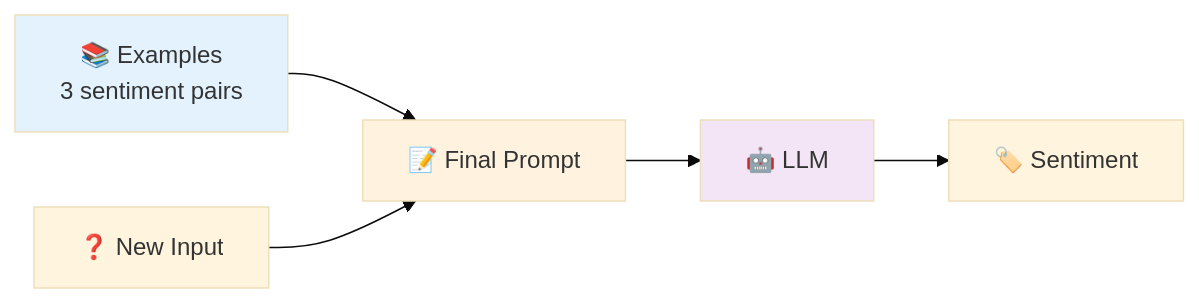
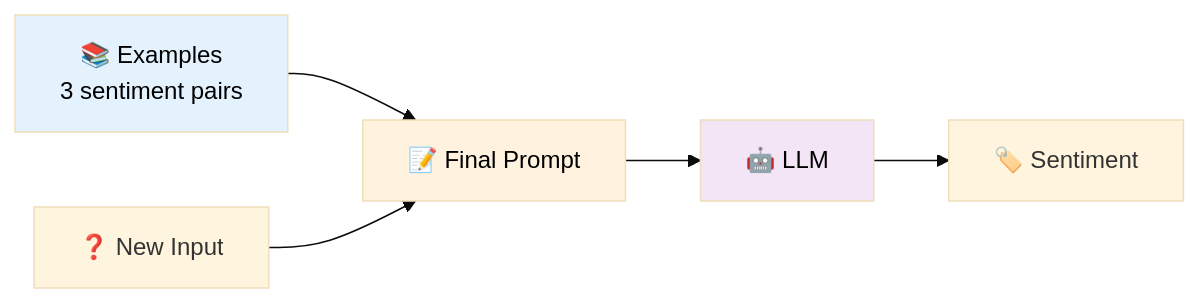
One commit to remolaan/Agentic-AI-Cookbook changed the third of 3 diagrams in 02_prompt_templates/README.md. Above: the diagram before and after it, drawn with Mermaid (base theme). The commit also changed other lines of this file and 45 other files, not shown here.

Commit message:
Fix Mermaid diagram text colors for readability across all READMEs

````diff
--- a/02_prompt_templates/README.md
+++ b/02_prompt_templates/README.md
@@ -77,10 +77,10 @@
 ```mermaid
 flowchart LR
     E["📚 Examples<br/>3 sentiment pairs"] --> P["📝 Final Prompt"]
     Q["❓ New Input"] --> P
     P --> M["🤖 LLM"]
     M --> S["🏷️ Sentiment"]
-    style E fill:#e3f2fd
-    style P fill:#fff3e0
-    style M fill:#f3e5f5
+    style E fill:#e3f2fd,color:#000000
+    style P fill:#fff3e0,color:#000000
+    style M fill:#f3e5f5,color:#000000
 ```
````
